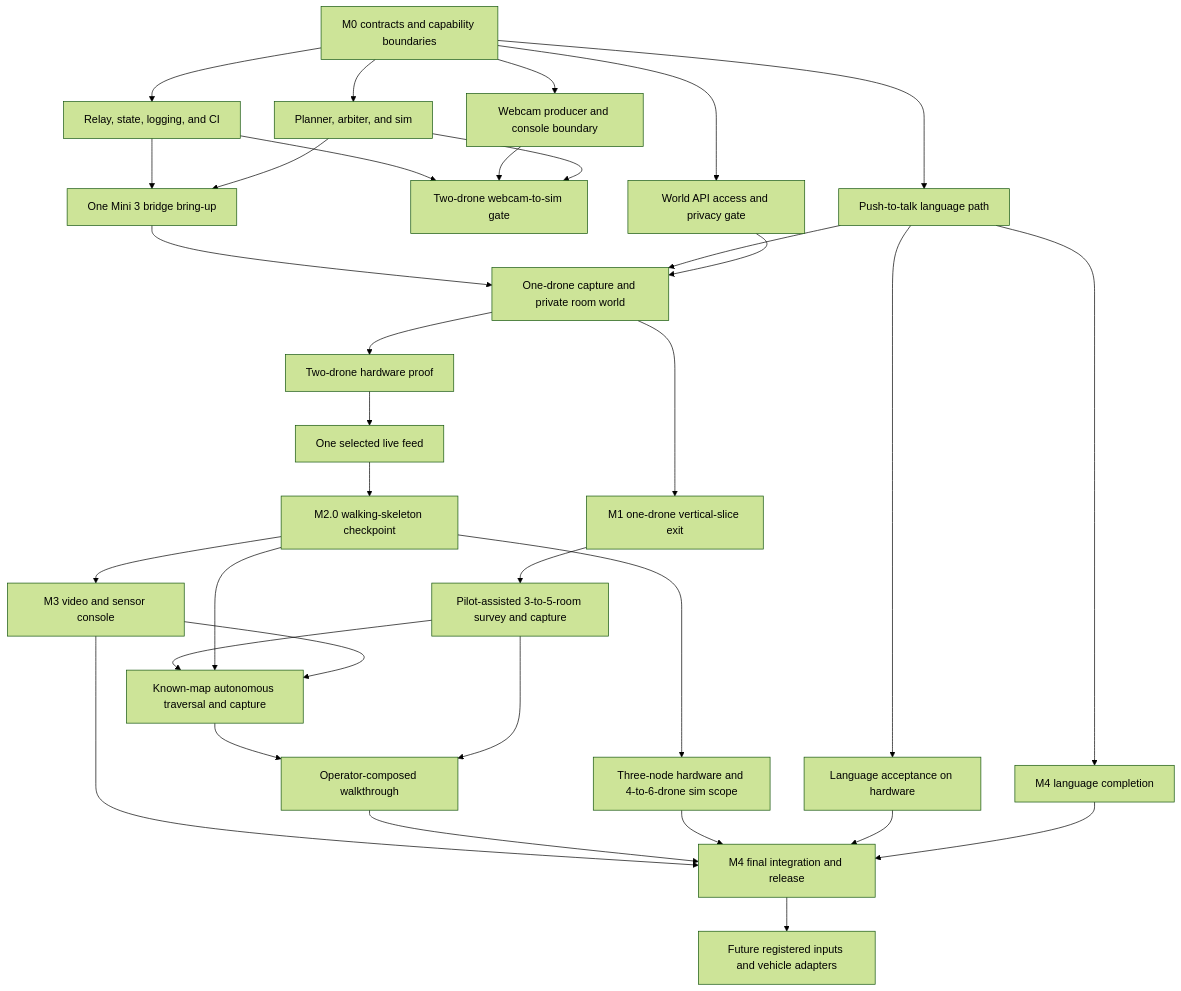
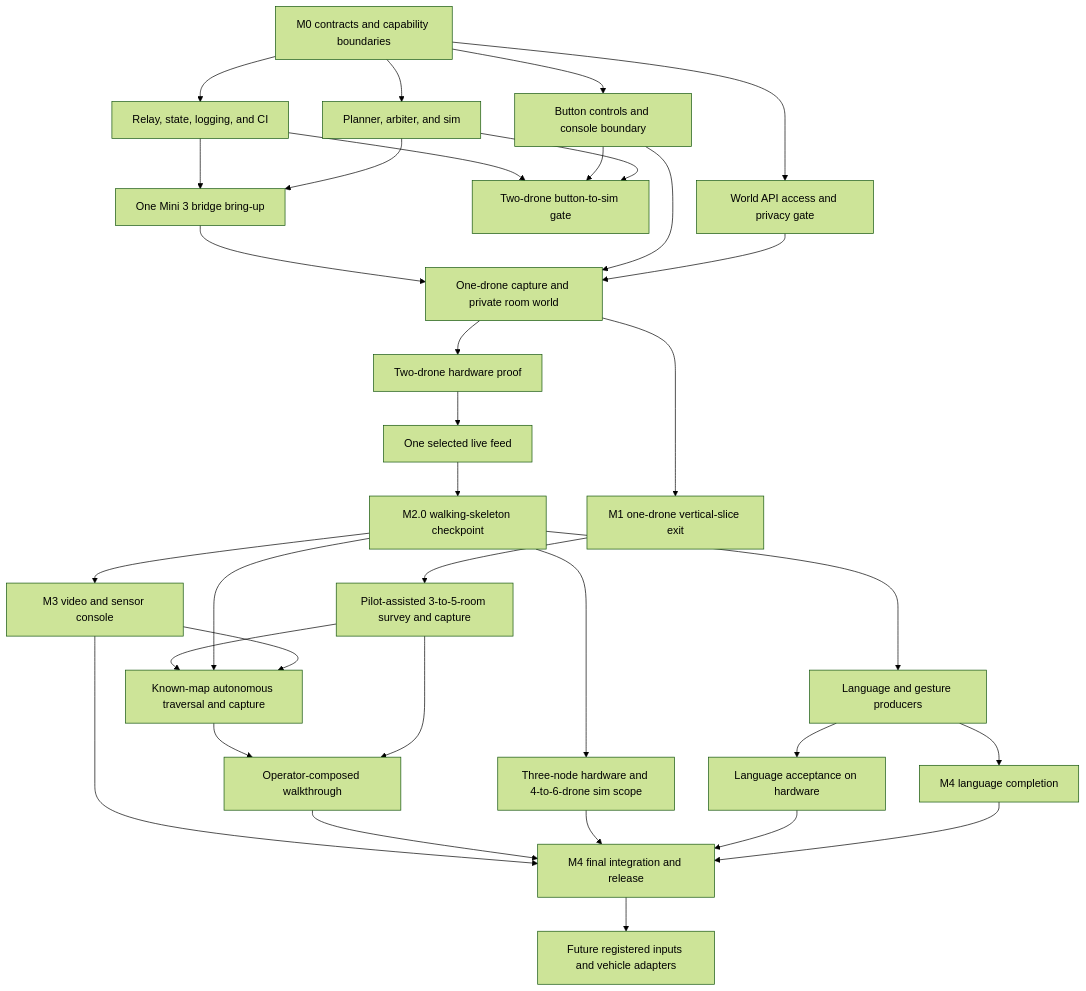
One commit to worldofhacks/sweep changed the diagram in docs/mvp-plan.md. Above: the diagram before and after it, drawn with Mermaid (forest theme). The commit also changed other lines of this file and 7 other files, not shown here.

````diff
--- a/docs/mvp-plan.md
+++ b/docs/mvp-plan.md
@@ -11,36 +11,36 @@
 ```mermaid
 flowchart TD
     m0[M0 contracts and capability boundaries] --> relay[Relay, state, logging, and CI]
     m0 --> worldapi[World API access and privacy gate]
-    m0 --> webcam[Webcam producer and console boundary]
+    m0 --> controls[Button controls and console boundary]
     m0 --> autonomy[Planner, arbiter, and sim]
-    relay --> simgate[Two-drone webcam-to-sim gate]
-    webcam --> simgate
+    relay --> simgate[Two-drone button-to-sim gate]
+    controls --> simgate
     autonomy --> simgate
-    m0 --> speech[Push-to-talk language path]
+    m20 --> speech[Language and gesture producers]
     relay --> bridge[One Mini 3 bridge bring-up]
     autonomy --> bridge
     bridge --> hw1[One-drone capture and private room world]
-    speech --> hw1
+    controls --> hw1
     worldapi --> hw1
     hw1 --> m1[M1 one-drone vertical-slice exit]
     m1 --> rooms[Pilot-assisted 3-to-5-room survey and capture]
     hw1 --> hw2[Two-drone hardware proof]
     hw2 --> feed[One selected live feed]
     feed --> m20[M2.0 walking-skeleton checkpoint]
     m20 --> scale[Three-node hardware and 4-to-6-drone sim scope]
     m20 --> video[M3 video and sensor console]
     rooms --> knownmap[Known-map autonomous traversal and capture]
     m20 --> knownmap
     video --> knownmap
     speech --> hwlang[Language acceptance on hardware]
     speech --> langfull[M4 language completion]
     knownmap --> compose[Operator-composed walkthrough]
     rooms --> compose
     video --> release[M4 final integration and release]
     compose --> release
     scale --> release
     hwlang --> release
     langfull --> release
     release --> future[Future registered inputs and vehicle adapters]
 ```
````
